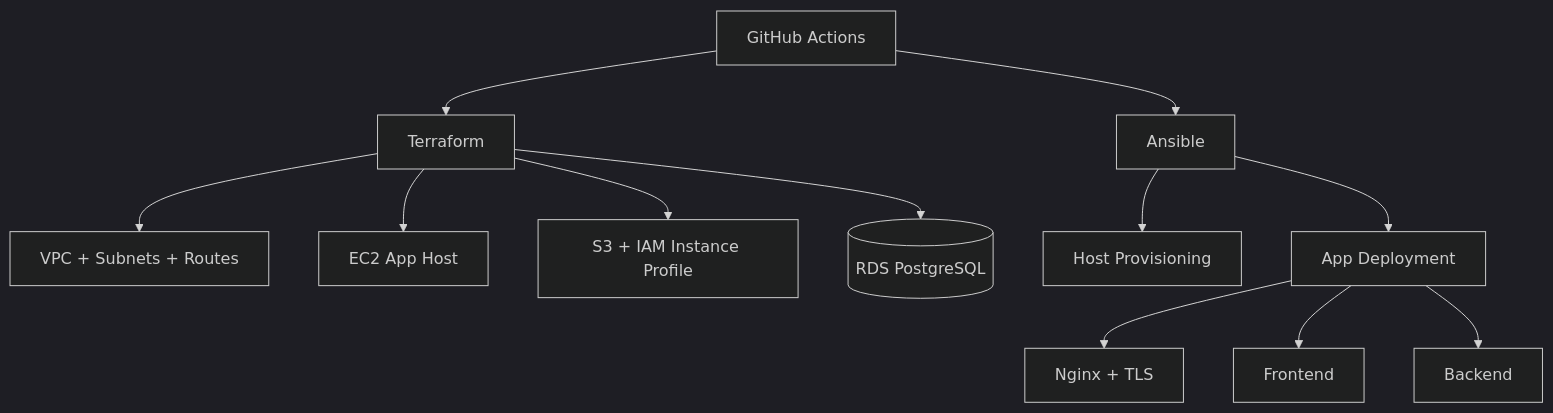
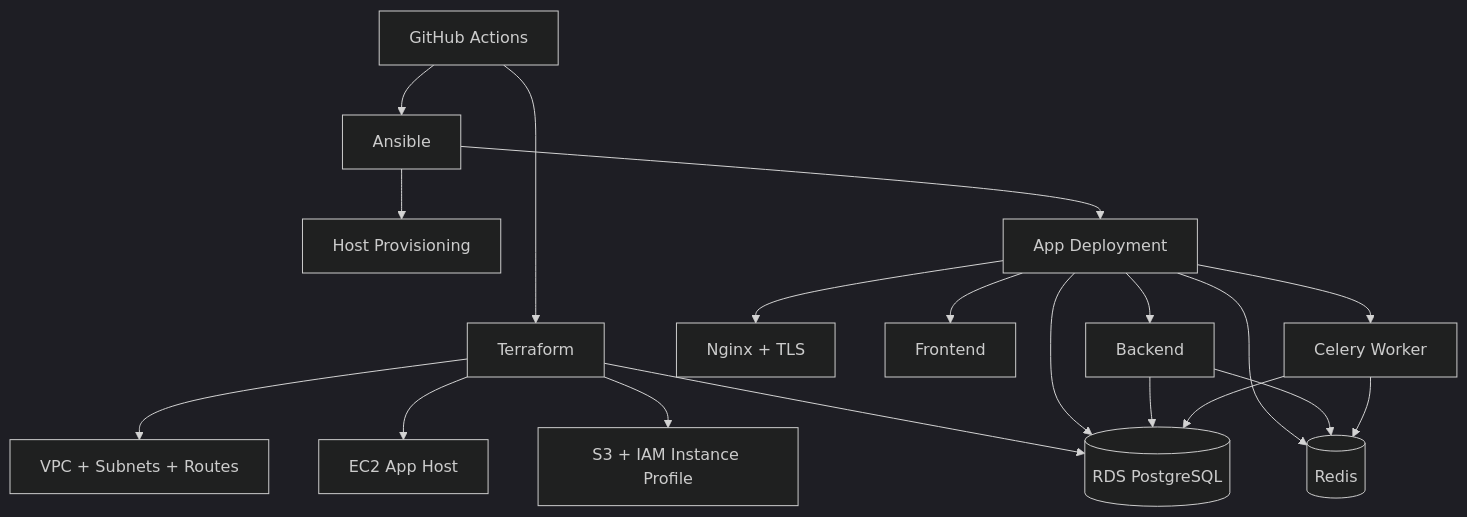
One commit to whatislavx/world-of-development-of-opportunities-and-change-infra changed the second of 2 diagrams in README.md. Above: the diagram before and after it, drawn with Mermaid (dark theme). The commit also changed other lines of this file and 13 other files, not shown here.

Commit message:
feat(deployment): update environment variables for PostgreSQL and enhance Celery integration in deployment configurations

````diff
--- a/README.md
+++ b/README.md
@@ -60,17 +65,24 @@
 ```mermaid
 flowchart TD
     GH[GitHub Actions] --> TF[Terraform]
     GH --> ANS[Ansible]
 
     TF --> VPC[VPC + Subnets + Routes]
     TF --> EC2[EC2 App Host]
     TF --> S3[S3 + IAM Instance Profile]
     TF --> RDS[(RDS PostgreSQL)]
 
     ANS --> HOST[Host Provisioning]
     ANS --> DEPLOY[App Deployment]
 
     DEPLOY --> NGINX[Nginx + TLS]
     DEPLOY --> FE[Frontend]
     DEPLOY --> BE[Backend]
+    DEPLOY --> CEL[Celery Worker]
+    DEPLOY --> REDIS[(Redis)]
+    DEPLOY --> RDS[(RDS PostgreSQL)]
+    BE --> REDIS
+    CEL --> REDIS
+    BE --> RDS
+    CEL --> RDS
 ```
````
